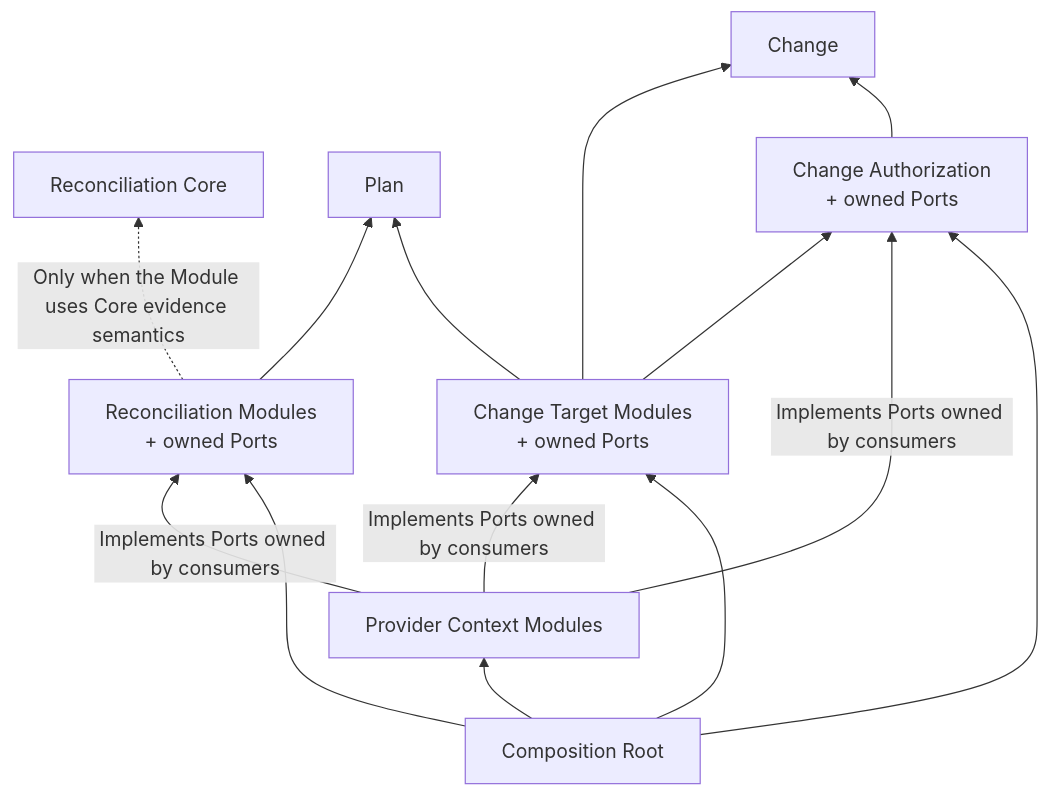
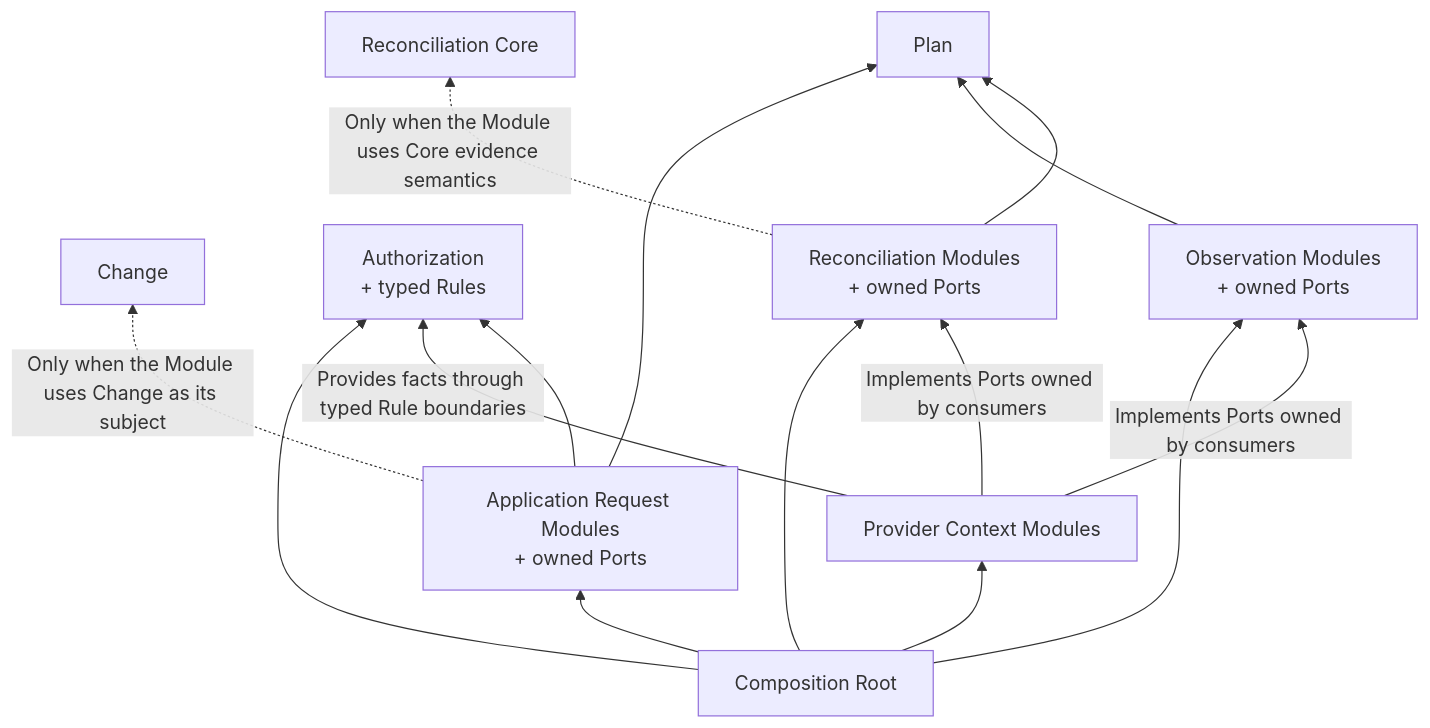
One commit to kotokumu/arcloom changed the third of 3 diagrams in ARCHITECTURE.md. Above: the diagram before and after it, drawn with Mermaid. The commit also changed other lines of this file and 13 other files, not shown here.

````diff
--- a/ARCHITECTURE.md
+++ b/ARCHITECTURE.md
@@ -352,28 +377,30 @@
 ```mermaid
 flowchart BT
     RC[Reconciliation Core]
     C[Change]
     P[Plan]
-    CA[Change Authorization<br/>+ owned Ports]
+    A[Authorization<br/>+ typed Rules]
 
     RM[Reconciliation Modules<br/>+ owned Ports]
-    CTM[Change Target Modules<br/>+ owned Ports]
+    OM[Observation Modules<br/>+ owned Ports]
+    ARM[Application Request Modules<br/>+ owned Ports]
     PCM[Provider Context Modules]
     CR[Composition Root]
 
     RM -.->|Only when the Module uses Core evidence semantics| RC
     RM --> P
-    CTM --> C
-    CTM --> P
-    CTM --> CA
-    CA --> C
+    OM --> P
+    ARM -.->|Only when the Module uses Change as its subject| C
+    ARM --> P
+    ARM --> A
 
     PCM -->|Implements Ports owned by consumers| RM
-    PCM -->|Implements Ports owned by consumers| CTM
-    PCM -->|Implements Ports owned by consumers| CA
+    PCM -->|Implements Ports owned by consumers| OM
+    PCM -->|Provides facts through typed Rule boundaries| A
 
     CR --> RM
-    CR --> CTM
-    CR --> CA
+    CR --> OM
+    CR --> ARM
+    CR --> A
     CR --> PCM
 ```
````
